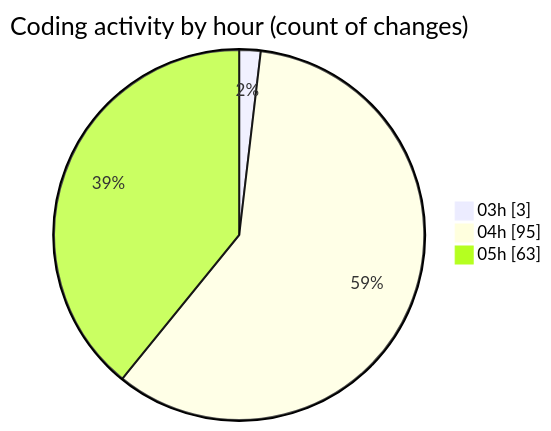
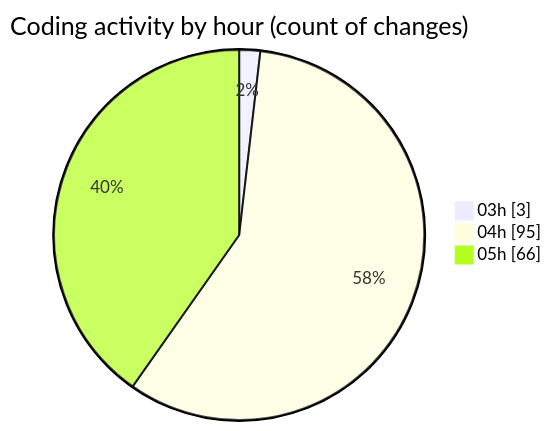
The second of 2 diagrams in 2025-01-03/tinycms/README.md (ernivani/code-tracking), drawn with Mermaid before and after one commit. The commit also changed other lines of this file and 2 other files, not shown here.

````diff
--- a/2025-01-03/tinycms/README.md
+++ b/2025-01-03/tinycms/README.md
@@ -58,7 +58,7 @@
 ```mermaid
 pie showData
 title Coding activity by hour (count of changes)
 "03h" : 3
 "04h" : 95
-"05h" : 63
+"05h" : 66
 ```
````
